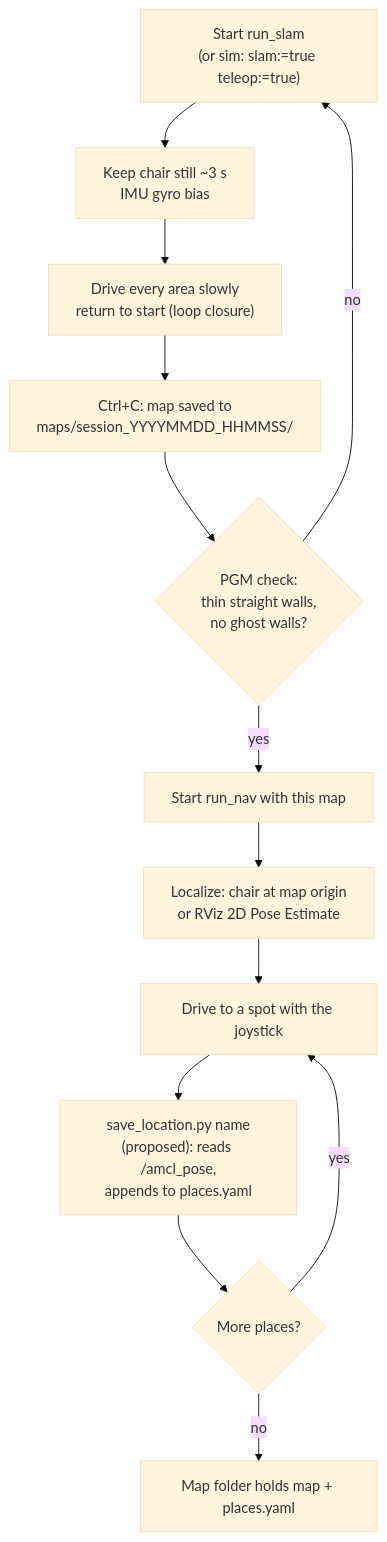
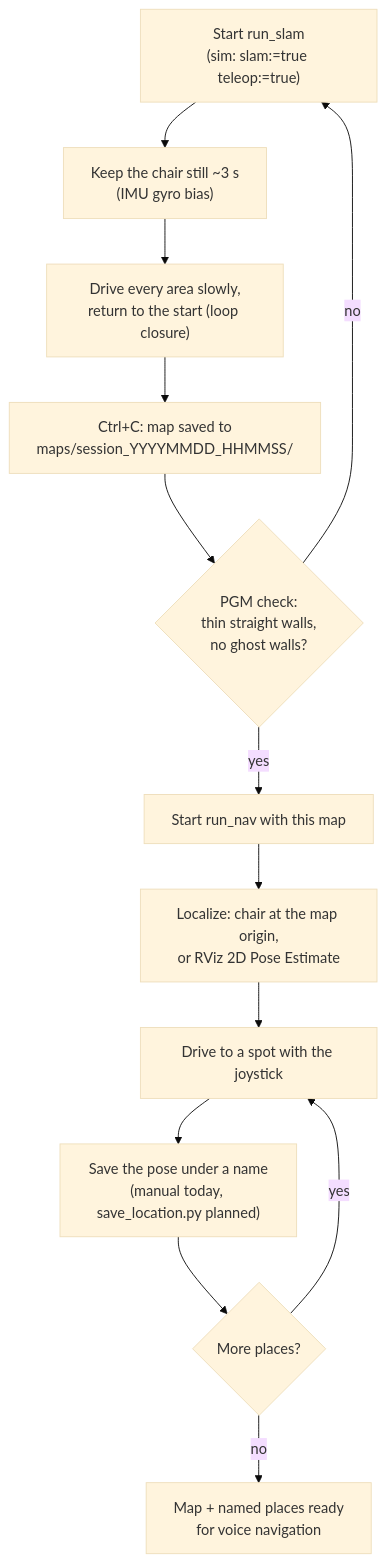
Before and after one commit to Aryan1092raj/Design-Practium: the third of 8 diagrams in docs/architecture.md, drawn with Mermaid (base theme). The commit also changed other lines of this file and 4 other files, not shown here.

Commit message:
Add voice navigation feature and update architecture documentation

````diff
--- a/docs/architecture.md
+++ b/docs/architecture.md
@@ -76,15 +106,15 @@
 ```mermaid
 flowchart TD
-    A["Start run_slam<br/>(or sim: slam:=true teleop:=true)"] --> B["Keep chair still ~3 s<br/>IMU gyro bias"]
-    B --> C["Drive every area slowly<br/>return to start (loop closure)"]
+    A["Start run_slam<br/>(sim: slam:=true teleop:=true)"] --> B["Keep the chair still ~3 s<br/>(IMU gyro bias)"]
+    B --> C["Drive every area slowly,<br/>return to the start (loop closure)"]
     C --> D["Ctrl+C: map saved to<br/>maps/session_YYYYMMDD_HHMMSS/"]
     D --> E{"PGM check:<br/>thin straight walls,<br/>no ghost walls?"}
     E -- "no" --> A
     E -- "yes" --> F["Start run_nav with this map"]
-    F --> G["Localize: chair at map origin<br/>or RViz 2D Pose Estimate"]
+    F --> G["Localize: chair at the map origin,<br/>or RViz 2D Pose Estimate"]
     G --> H["Drive to a spot with the joystick"]
-    H --> I["save_location.py name<br/>(proposed): reads /amcl_pose,<br/>appends to places.yaml"]
+    H --> I["Save the pose under a name<br/>(manual today, save_location.py planned)"]
     I --> J{"More places?"}
     J -- "yes" --> H
-    J -- "no" --> K["Map folder holds map + places.yaml"]
+    J -- "no" --> K["Map + named places ready<br/>for voice navigation"]
 ```
````
